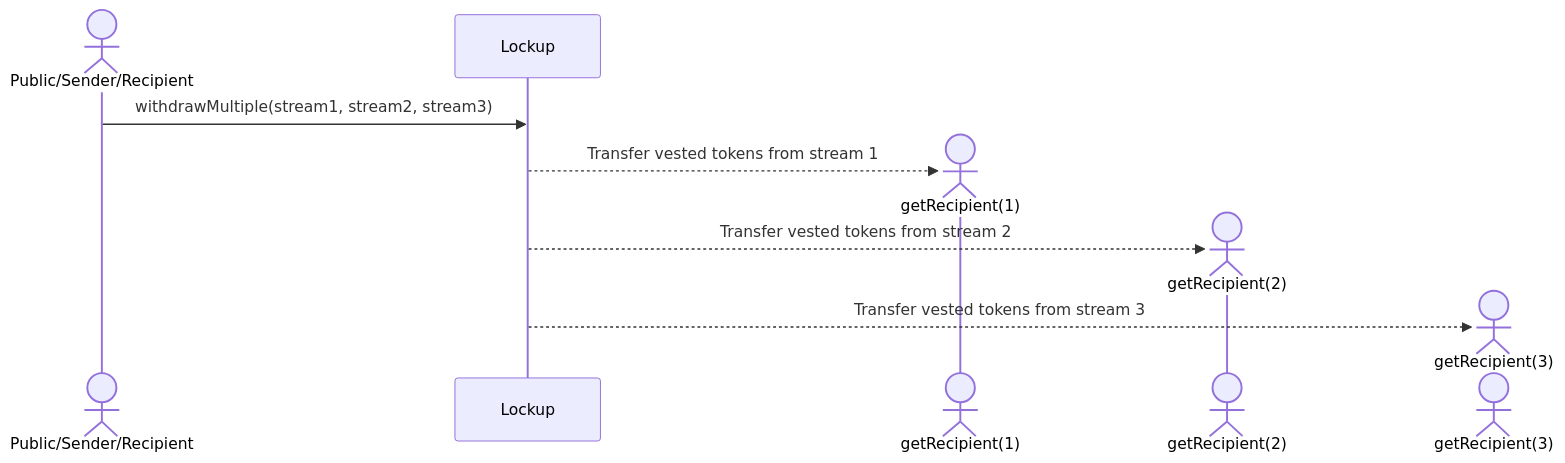
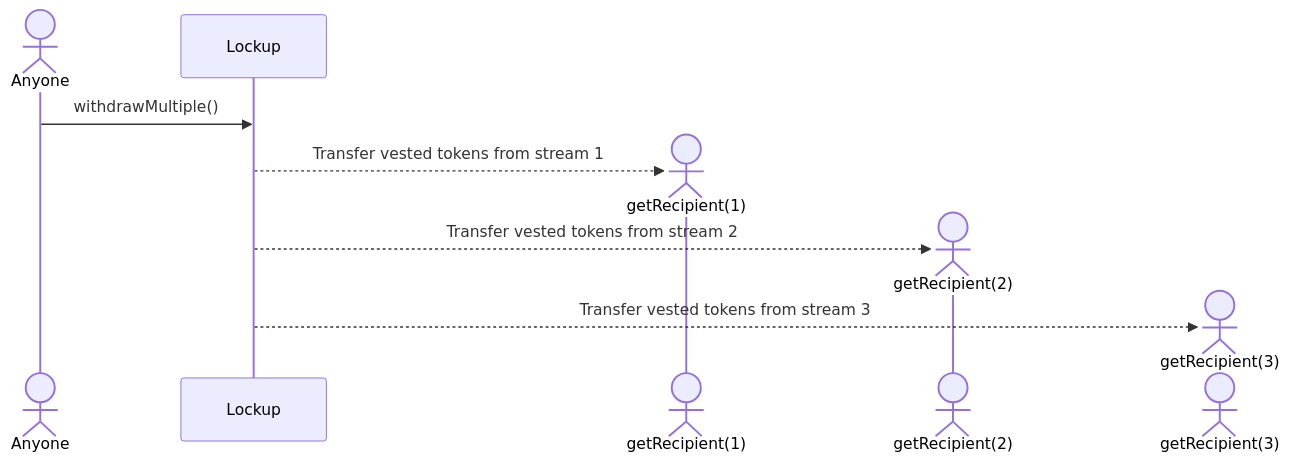
Before and after one commit to sablier-labs/docs: the eighth of 11 diagrams in docs/reference/lockup/04-access-control.md, drawn with Mermaid. The commit also changed other lines of this file and 3 other files, not shown here.

Commit message:
removes streamId from sequence diagrams categorizes diagrams in Flow access control simplifies diagrams in Lockup access control defines ongoing debt in Flow overview fixes definition of snapshot debt in Flow overview adds abbreviations in Flow diagrams

````diff
--- a/docs/reference/lockup/04-access-control.md
+++ b/docs/reference/lockup/04-access-control.md
@@ -128,12 +126,12 @@
 ```mermaid
 sequenceDiagram
-  actor Public/Sender/Recipient
+  actor Anyone
 
-  Public/Sender/Recipient ->> Lockup: withdrawMultiple(stream1, stream2, stream3)
+  Anyone ->> Lockup: withdrawMultiple()
   Create actor getRecipient(1)
   Lockup -->> getRecipient(1): Transfer vested tokens from stream 1
   Create actor getRecipient(2)
   Lockup -->> getRecipient(2): Transfer vested tokens from stream 2
   Create actor getRecipient(3)
   Lockup -->> getRecipient(3): Transfer vested tokens from stream 3
 ```
````
